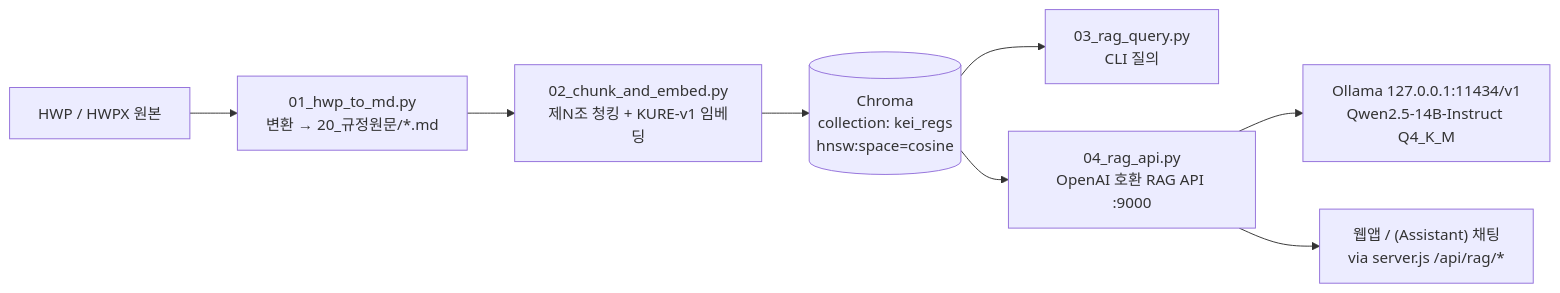
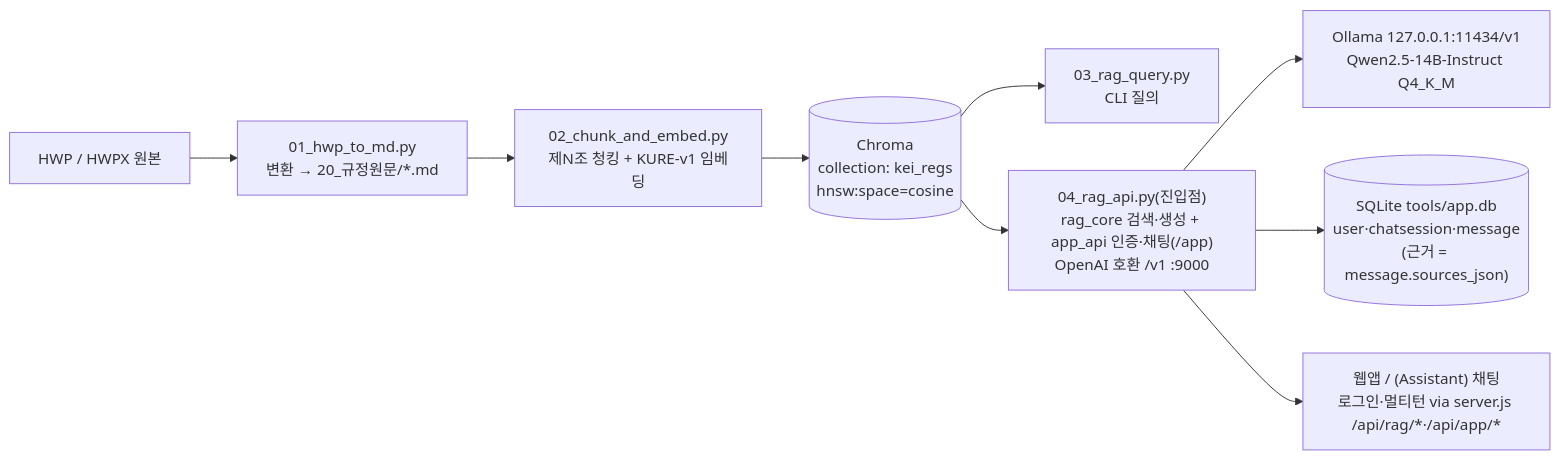
One commit to mooner92/KEIAdminSuperv changed the second of 3 diagrams in README.md. Above: the diagram before and after it, drawn with Mermaid. The commit also changed other lines of this file and 4 other files, not shown here.

First line of the commit message:
docs: 로그인·채팅기록·멀티턴·메시지별 근거 반영(아키텍처·배포·디자인)

````diff
--- a/README.md
+++ b/README.md
@@ -190,10 +199,11 @@
 ```mermaid
 flowchart LR
     HWP["HWP / HWPX 원본"] --> S01["01_hwp_to_md.py<br/>변환 → 20_규정원문/*.md"]
     S01 --> S02["02_chunk_and_embed.py<br/>제N조 청킹 + KURE-v1 임베딩"]
     S02 --> Chroma[("Chroma<br/>collection: kei_regs<br/>hnsw:space=cosine")]
     Chroma --> S03["03_rag_query.py<br/>CLI 질의"]
-    Chroma --> S04["04_rag_api.py<br/>OpenAI 호환 RAG API :9000"]
+    Chroma --> S04["04_rag_api.py(진입점)<br/>rag_core 검색·생성 + app_api 인증·채팅(/app)<br/>OpenAI 호환 /v1 :9000"]
     S04 --> Ollama["Ollama 127.0.0.1:11434/v1<br/>Qwen2.5-14B-Instruct Q4_K_M"]
-    S04 --> Chat["웹앱 / (Assistant) 채팅<br/>via server.js /api/rag/*"]
+    S04 --> DB[("SQLite tools/app.db<br/>user·chatsession·message<br/>(근거 = message.sources_json)")]
+    S04 --> Chat["웹앱 / (Assistant) 채팅<br/>로그인·멀티턴 via server.js /api/rag/*·/api/app/*"]
 ```
````
